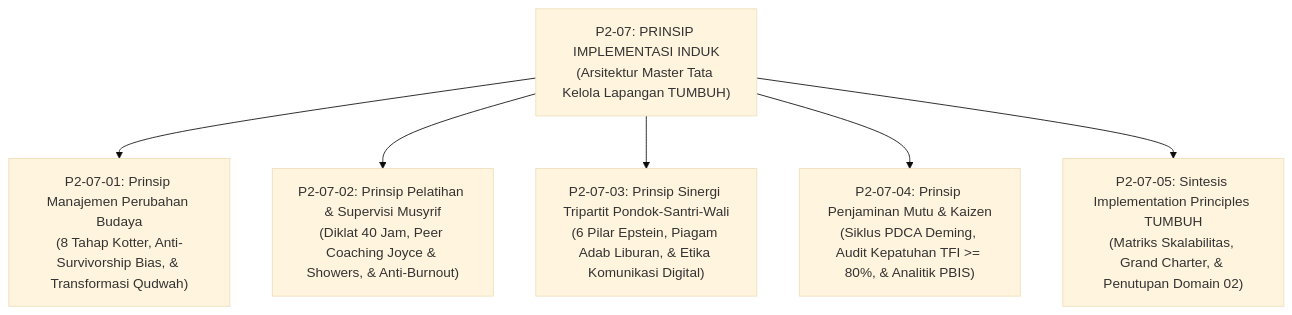
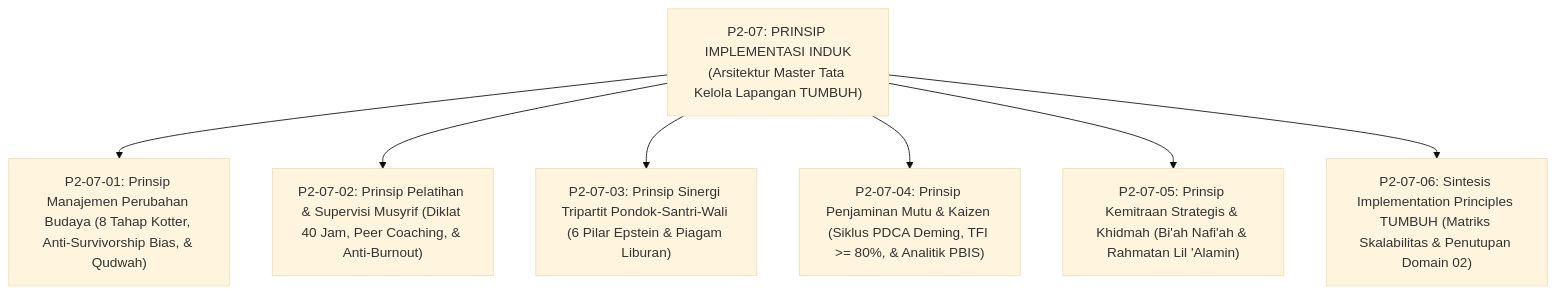
Before and after one commit to wandiapriliyandi/tumbuh: the second of 3 diagrams in 02 Principles/07 Implementation Principles/P2-07-Prinsip-Implementasi-Lapangan-TUMBUH.md, drawn with Mermaid (base theme). The commit also changed other lines of this file and 32 other files, not shown here.

Commit message:
feat(principles): expand organically Domain 02 Principles with non-uniform deep monographs (62 files total, max 10/sub-domain)

````diff
--- a/02 Principles/07 Implementation Principles/P2-07-Prinsip-Implementasi-Lapangan-TUMBUH.md
+++ b/02 Principles/07 Implementation Principles/P2-07-Prinsip-Implementasi-Lapangan-TUMBUH.md
@@ -71,10 +70,11 @@
 ```mermaid
 graph TD
     Master["P2-07: PRINSIP IMPLEMENTASI INDUK<br/>(Arsitektur Master Tata Kelola Lapangan TUMBUH)"]
     
-    Master --> M1["P2-07-01: Prinsip Manajemen Perubahan Budaya<br/>(8 Tahap Kotter, Anti-Survivorship Bias, & Transformasi Qudwah)"]
-    Master --> M2["P2-07-02: Prinsip Pelatihan & Supervisi Musyrif<br/>(Diklat 40 Jam, Peer Coaching Joyce & Showers, & Anti-Burnout)"]
-    Master --> M3["P2-07-03: Prinsip Sinergi Tripartit Pondok-Santri-Wali<br/>(6 Pilar Epstein, Piagam Adab Liburan, & Etika Komunikasi Digital)"]
-    Master --> M4["P2-07-04: Prinsip Penjaminan Mutu & Kaizen<br/>(Siklus PDCA Deming, Audit Kepatuhan TFI >= 80%, & Analitik PBIS)"]
-    Master --> M5["P2-07-05: Sintesis Implementation Principles TUMBUH<br/>(Matriks Skalabilitas, Grand Charter, & Penutupan Domain 02)"]
+    Master --> M1["P2-07-01: Prinsip Manajemen Perubahan Budaya (8 Tahap Kotter, Anti-Survivorship Bias, & Qudwah)"]
+    Master --> M2["P2-07-02: Prinsip Pelatihan & Supervisi Musyrif (Diklat 40 Jam, Peer Coaching, & Anti-Burnout)"]
+    Master --> M3["P2-07-03: Prinsip Sinergi Tripartit Pondok-Santri-Wali (6 Pilar Epstein & Piagam Liburan)"]
+    Master --> M4["P2-07-04: Prinsip Penjaminan Mutu & Kaizen (Siklus PDCA Deming, TFI >= 80%, & Analitik PBIS)"]
+    Master --> M5["P2-07-05: Prinsip Kemitraan Strategis & Khidmah (Bi'ah Nafi'ah & Rahmatan Lil 'Alamin)"]
+    Master --> M6["P2-07-06: Sintesis Implementation Principles TUMBUH (Matriks Skalabilitas & Penutupan Domain 02)"]
 ```
````
